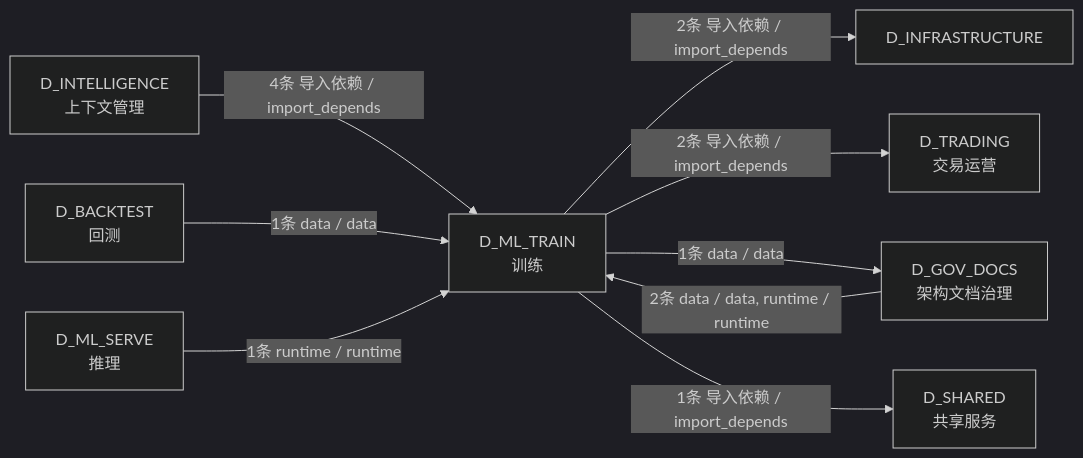
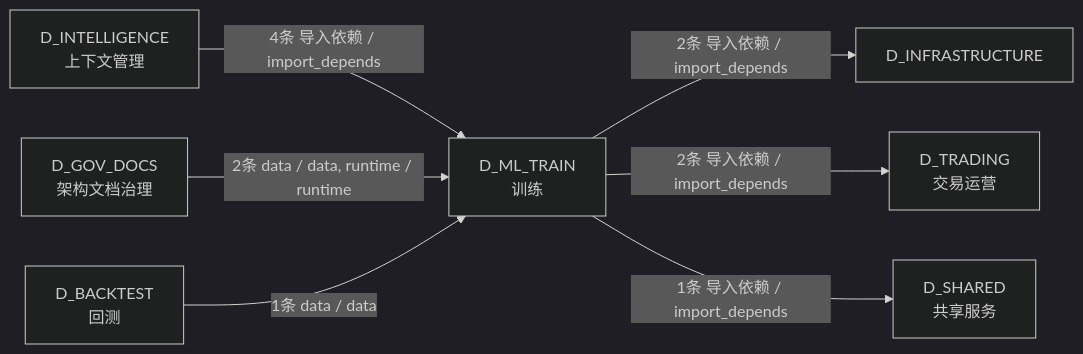
The fourth of 4 diagrams in docs/02_enterprise_architecture/02_domain_architecture_docs/50_d_ml_train.md (xuanFelixVan/ZephyrAlpha), drawn with Mermaid (dark theme) before and after one commit. The commit also changed other lines of this file and 94 other files, not shown here.

````diff
--- a/docs/02_enterprise_architecture/02_domain_architecture_docs/50_d_ml_train.md
+++ b/docs/02_enterprise_architecture/02_domain_architecture_docs/50_d_ml_train.md
@@ -205,19 +195,16 @@
 ```mermaid
 graph LR
     D_ML_TRAIN["D_ML_TRAIN<br/>训练"]
     D_INFRASTRUCTURE["D_INFRASTRUCTURE"]
     D_TRADING["D_TRADING<br/>交易运营"]
-    D_GOV_DOCS["D_GOV_DOCS<br/>架构文档治理"]
     D_SHARED["D_SHARED<br/>共享服务"]
     D_INTELLIGENCE["D_INTELLIGENCE<br/>上下文管理"]
+    D_GOV_DOCS["D_GOV_DOCS<br/>架构文档治理"]
     D_BACKTEST["D_BACKTEST<br/>回测"]
-    D_ML_SERVE["D_ML_SERVE<br/>推理"]
     D_ML_TRAIN -->|2条 导入依赖 / import_depends| D_INFRASTRUCTURE
     D_ML_TRAIN -->|2条 导入依赖 / import_depends| D_TRADING
-    D_ML_TRAIN -->|1条 data / data| D_GOV_DOCS
     D_ML_TRAIN -->|1条 导入依赖 / import_depends| D_SHARED
     D_INTELLIGENCE -->|4条 导入依赖 / import_depends| D_ML_TRAIN
     D_GOV_DOCS -->|2条 data / data, runtime / runtime| D_ML_TRAIN
     D_BACKTEST -->|1条 data / data| D_ML_TRAIN
-    D_ML_SERVE -->|1条 runtime / runtime| D_ML_TRAIN
 ```
````
